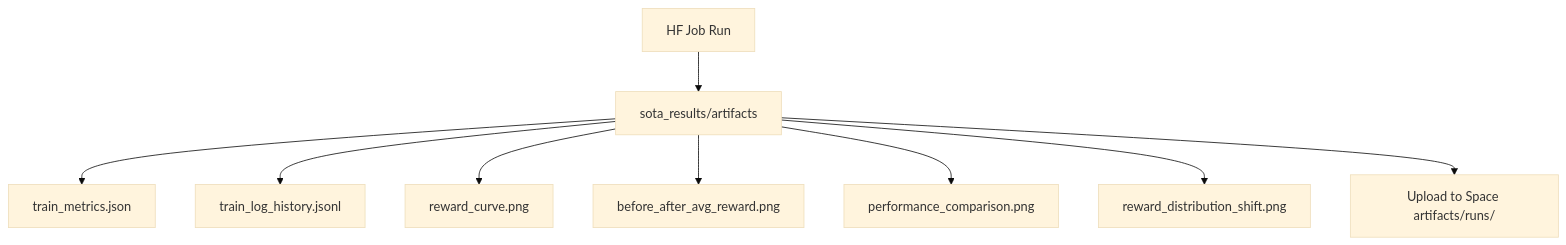
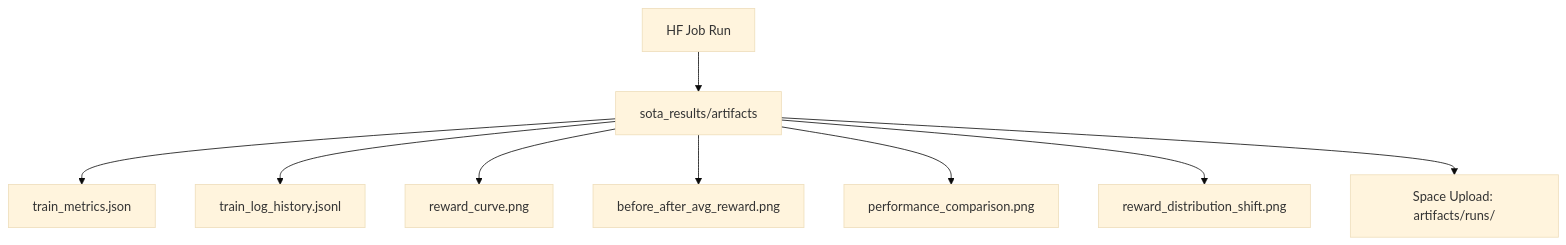
One commit to mdayan8/sql-debug-env changed the second of 2 diagrams in docs/SQL_DEBUG_AGENT_LAUNCH_BLOG.md. Above: the diagram before and after it, drawn with Mermaid (base theme). The commit also changed other lines of this file and 1 other file, not shown here.

````diff
--- a/docs/SQL_DEBUG_AGENT_LAUNCH_BLOG.md
+++ b/docs/SQL_DEBUG_AGENT_LAUNCH_BLOG.md
@@ -63,11 +145,11 @@
 ```mermaid
 flowchart TD
     J[HF Job Run] --> O[sota_results/artifacts]
     O --> M1[train_metrics.json]
     O --> M2[train_log_history.jsonl]
     O --> P1[reward_curve.png]
     O --> P2[before_after_avg_reward.png]
     O --> P3[performance_comparison.png]
     O --> P4[reward_distribution_shift.png]
-    O --> U[Upload to Space artifacts/runs/<timestamp>]
+    O --> U[Space Upload: artifacts/runs/<timestamp>]
 ```
````
